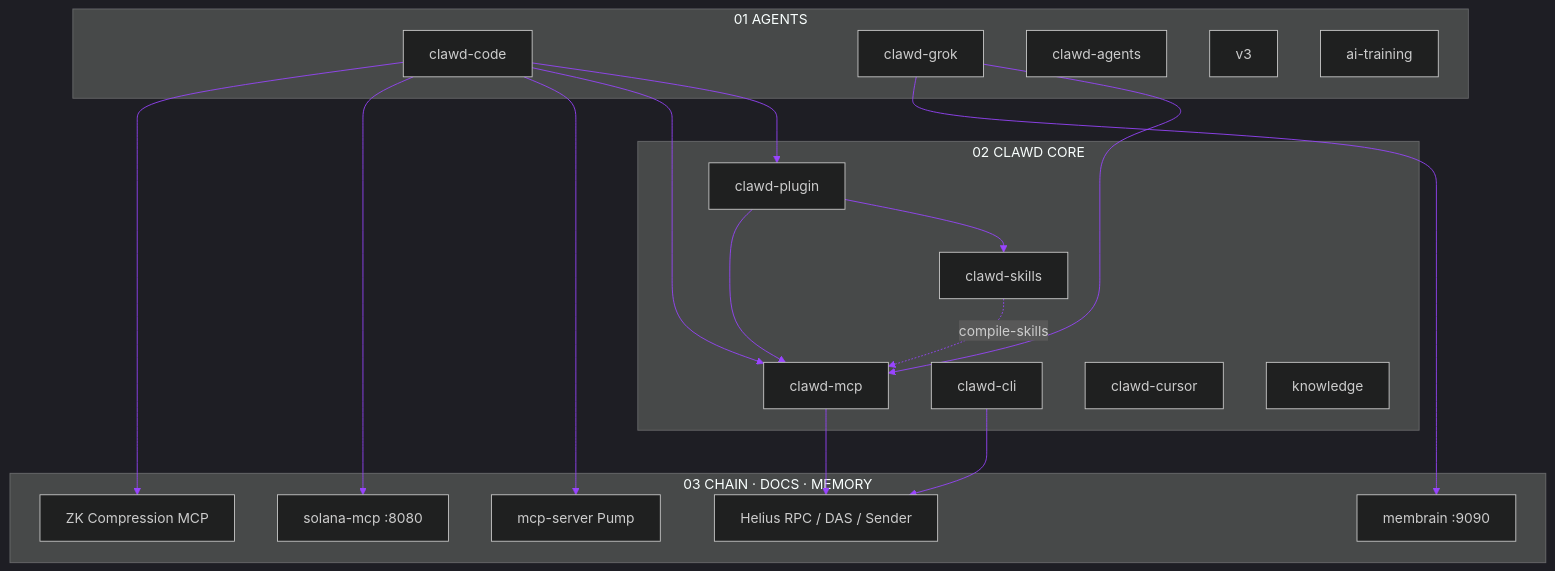
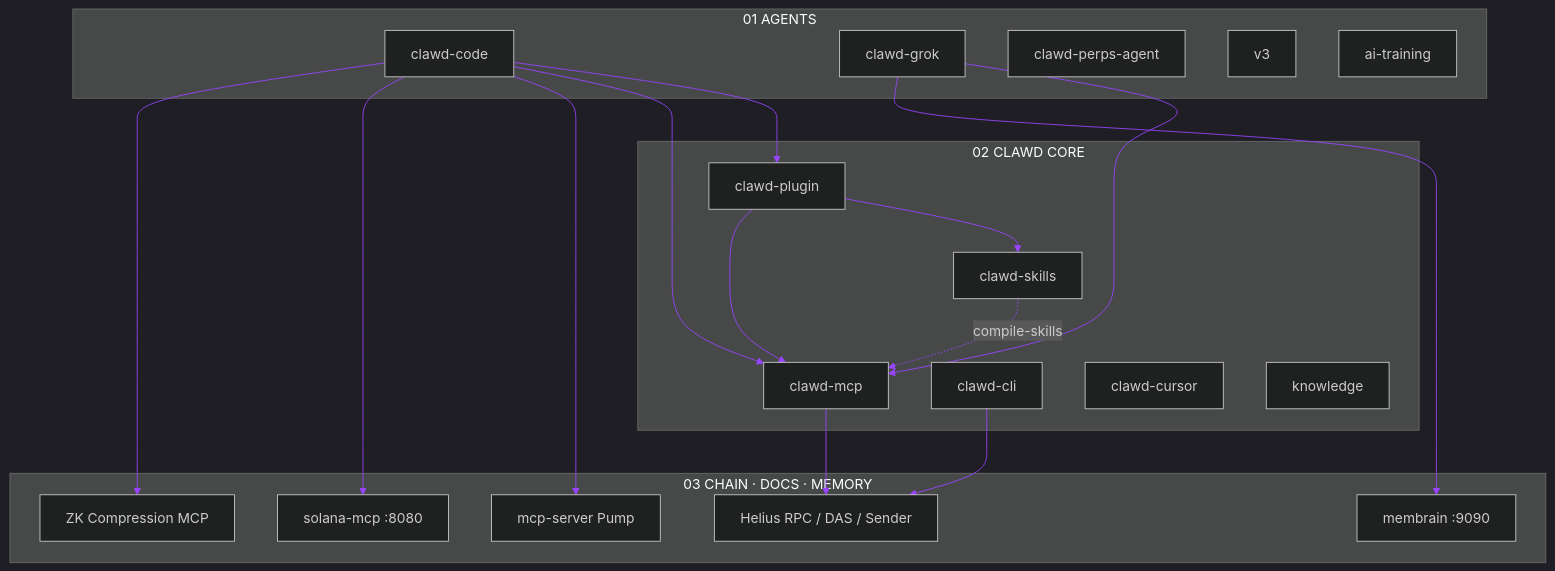
One commit to Solizardking/core-ai changed the first of 3 diagrams in README.md. Above: the diagram before and after it, drawn with Mermaid. The commit also changed other lines of this file and 58 other files, not shown here.

````diff
--- a/README.md
+++ b/README.md
@@ -36,38 +36,38 @@
 ```mermaid
 %%{init: {"theme":"dark","themeVariables":{"primaryColor":"#142033","primaryTextColor":"#14F195","lineColor":"#9945FF","secondaryColor":"#0d1117","tertiaryColor":"#1e2a44","fontFamily":"ui-monospace, Menlo, monospace"}}}%%
 flowchart TB
   subgraph AGENTS["01  AGENTS"]
     CC["clawd-code"]
     CG["clawd-grok"]
-    CA["clawd-agents"]
+    CA["clawd-perps-agent"]
     V3["v3"]
     TR["ai-training"]
   end
   subgraph CORE["02  CLAWD CORE"]
     PL["clawd-plugin"]
     SK["clawd-skills"]
     MCP["clawd-mcp"]
     CLI["clawd-cli"]
     CUR["clawd-cursor"]
     KB["knowledge"]
   end
   subgraph EDGE["03  CHAIN · DOCS · MEMORY"]
     H["Helius RPC / DAS / Sender"]
     PUMP["mcp-server Pump"]
     SOL["solana-mcp :8080"]
     ZK["ZK Compression MCP"]
     MB["membrain :9090"]
   end
   CC --> PL
   PL --> SK
   PL --> MCP
   CC --> MCP
   CG --> MCP
   CG --> MB
   MCP --> H
   CLI --> H
   CC --> PUMP
   CC --> SOL
   CC --> ZK
   SK -. compile-skills .-> MCP
 ```
````
